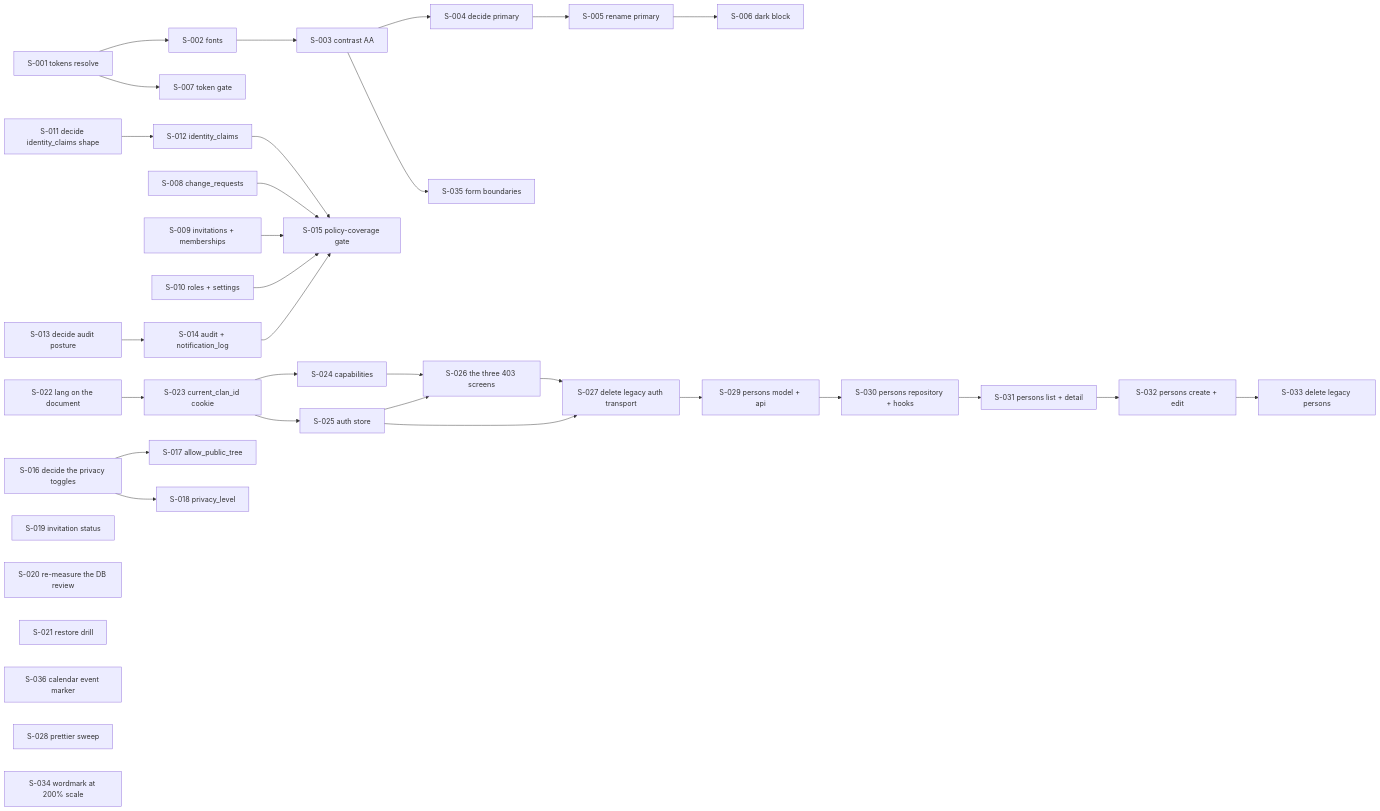
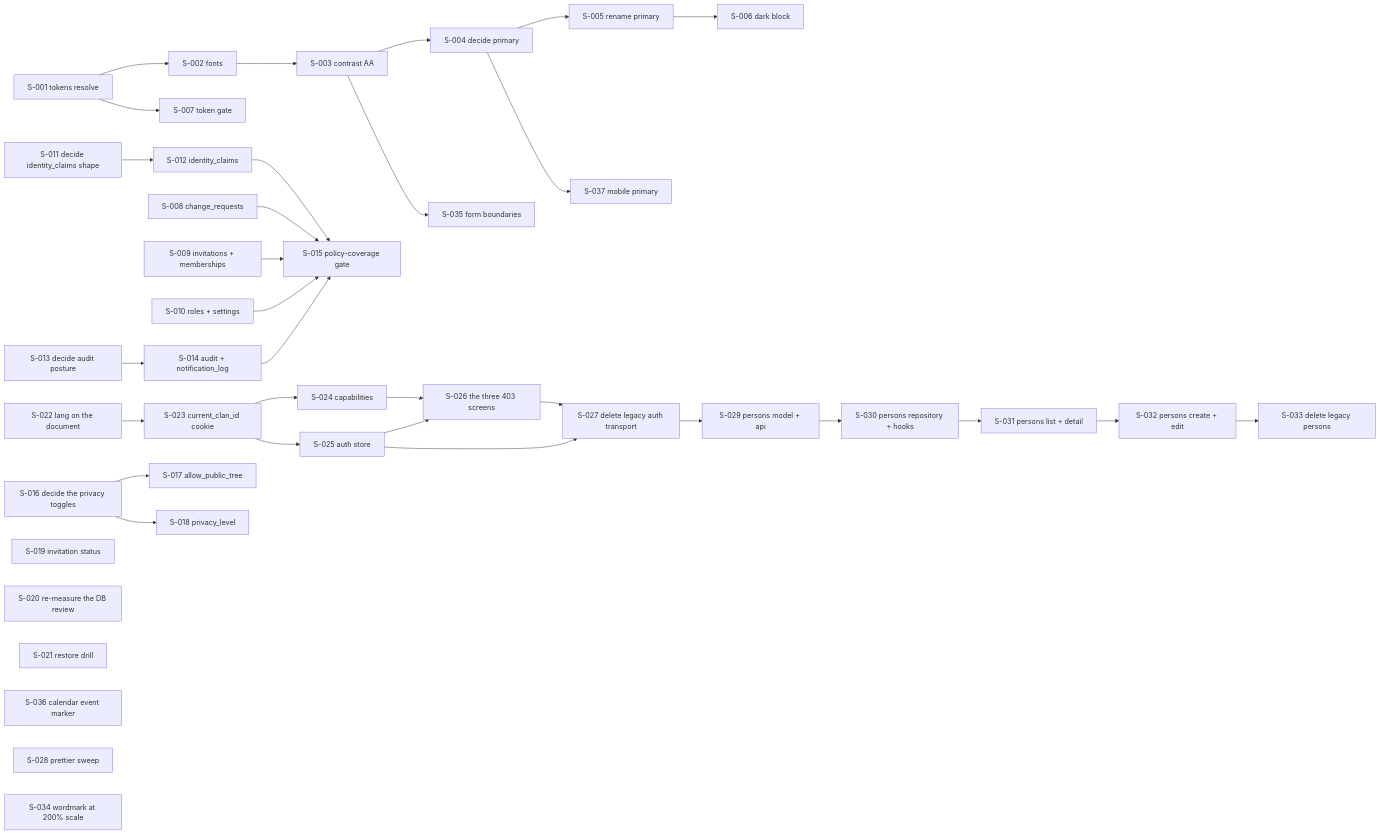
Before and after one commit to namphuongtran/familyroots: the diagram in docs/SEEDS.md, drawn with Mermaid. The commit also changed other lines of this file and 2 other files, not shown here.

````diff
--- a/docs/SEEDS.md
+++ b/docs/SEEDS.md
@@ -164,40 +180,41 @@
 ```mermaid
 graph LR
   S001[S-001 tokens resolve] --> S002[S-002 fonts]
   S022[S-022 lang on the document] --> S023[S-023 current_clan_id cookie]
   S001 --> S007[S-007 token gate]
   S002 --> S003[S-003 contrast AA]
   S003 --> S004[S-004 decide primary]
   S004 --> S005[S-005 rename primary]
+  S004 --> S037[S-037 mobile primary]
   S005 --> S006[S-006 dark block]
   S008[S-008 change_requests]
   S009[S-009 invitations + memberships]
   S010[S-010 roles + settings]
   S011[S-011 decide identity_claims shape] --> S012[S-012 identity_claims]
   S013[S-013 decide audit posture] --> S014[S-014 audit + notification_log]
   S008 --> S015[S-015 policy-coverage gate]
   S009 --> S015
   S010 --> S015
   S012 --> S015
   S014 --> S015
   S016[S-016 decide the privacy toggles] --> S017[S-017 allow_public_tree]
   S016 --> S018[S-018 privacy_level]
   S019[S-019 invitation status]
   S020[S-020 re-measure the DB review]
   S021[S-021 restore drill]
   S023 --> S024[S-024 capabilities]
   S023 --> S025[S-025 auth store]
   S024 --> S026[S-026 the three 403 screens]
   S025 --> S026
   S025 --> S027[S-027 delete legacy auth transport]
   S026 --> S027
   S003 --> S035[S-035 form boundaries]
   S036[S-036 calendar event marker]
   S028[S-028 prettier sweep]
   S034[S-034 wordmark at 200% scale]
   S027 --> S029[S-029 persons model + api]
   S029 --> S030[S-030 persons repository + hooks]
   S030 --> S031[S-031 persons list + detail]
   S031 --> S032[S-032 persons create + edit]
   S032 --> S033[S-033 delete legacy persons]
 ```
````
